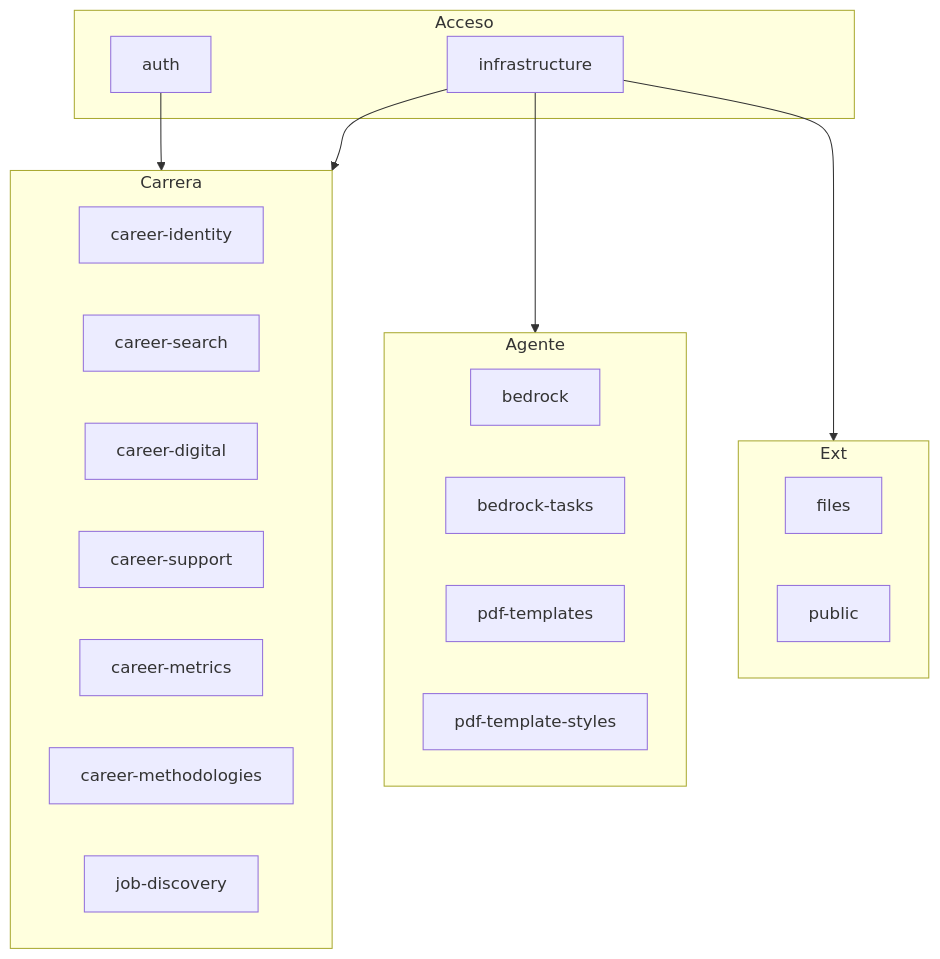
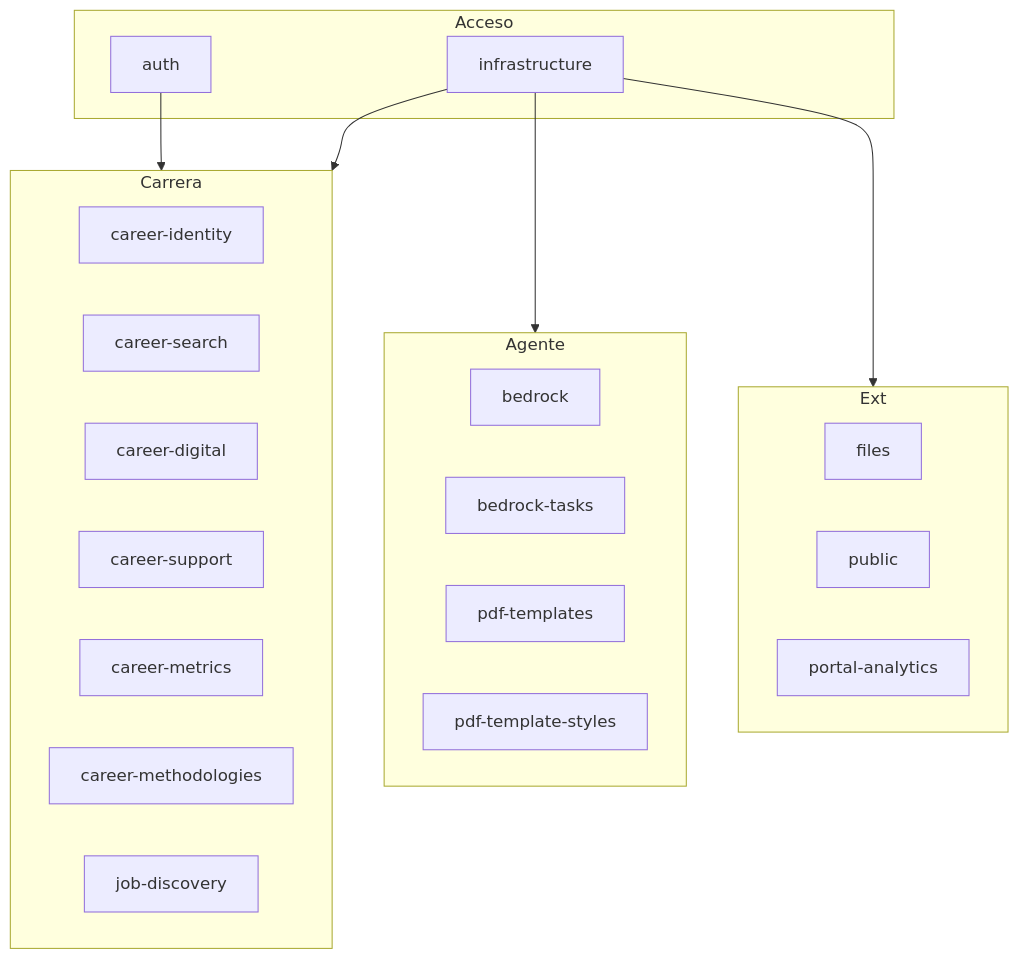
One commit to cjhirashi/cjhirashi-career changed the diagram in cjhirashi-career-api/docs/sections/README.md. Above: the diagram before and after it, drawn with Mermaid. The commit also changed other lines of this file and 7 other files, not shown here.

Commit message:
docs(portal): documentación de la analítica del portafolio (sección portal-analytics, API, base de datos, modelos, rutas, servicios y esquemas) (SPEC-0010 F1)

````diff
--- a/cjhirashi-career-api/docs/sections/README.md
+++ b/cjhirashi-career-api/docs/sections/README.md
@@ -7,30 +7,31 @@
 ```mermaid
 flowchart TB
     subgraph Acceso
         Auth[auth]
         Infra[infrastructure]
     end
     subgraph Carrera
         Ident[career-identity]
         Search[career-search]
         Digital[career-digital]
         Support[career-support]
         Metrics[career-metrics]
         Methods[career-methodologies]
         Jobs[job-discovery]
     end
     subgraph Agente
         Bedrock[bedrock]
         Tasks[bedrock-tasks]
         PDF[pdf-templates]
         Styles[pdf-template-styles]
     end
     subgraph Ext
         Files[files]
         Public[public]
+        PortalA[portal-analytics]
     end
     Auth --> Carrera
     Infra --> Carrera
     Infra --> Agente
     Infra --> Ext
 ```
````
